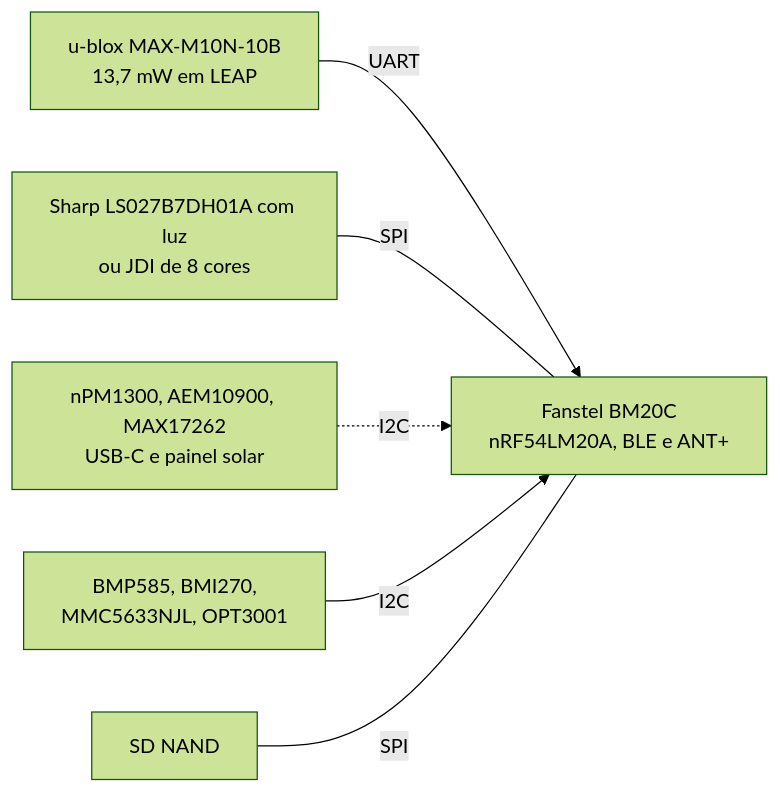
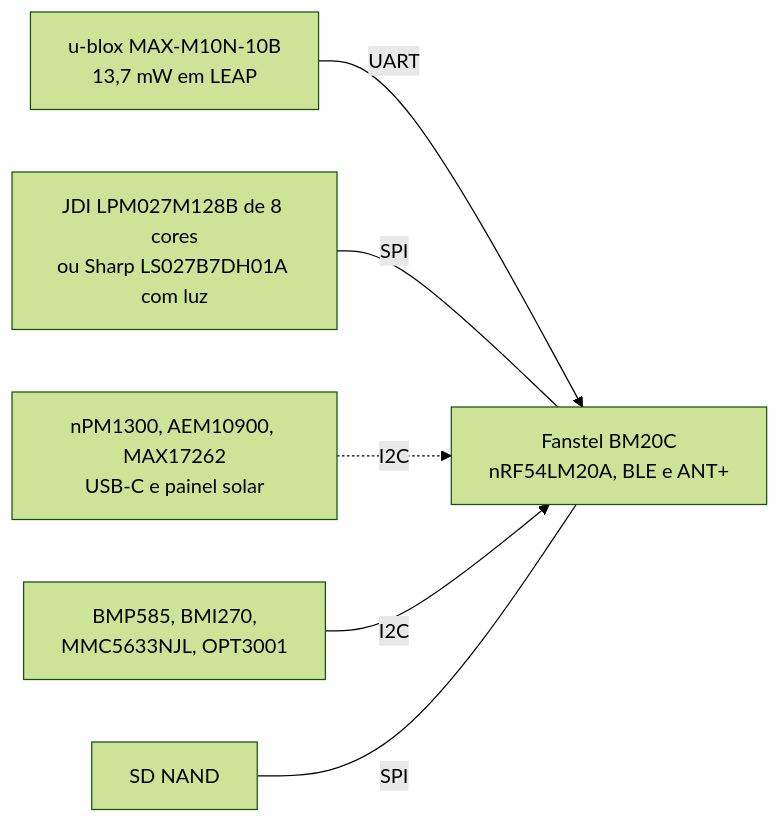
The second of 3 diagrams in README.md (Guiimartinho/gnss-bike-computer), drawn with Mermaid (forest theme) before and after one commit. The commit also changed other lines of this file and 47 other files, not shown here.

````diff
--- a/README.md
+++ b/README.md
@@ -59,9 +59,9 @@
 ```mermaid
 flowchart LR
     MCU["Fanstel BM20C<br/>nRF54LM20A, BLE e ANT+"]
     GNSS2["u-blox MAX-M10N-10B<br/>13,7 mW em LEAP"] -->|UART| MCU
-    LCD2["Sharp LS027B7DH01A com luz<br/>ou JDI de 8 cores"] ---|SPI| MCU
+    LCD2["JDI LPM027M128B de 8 cores<br/>ou Sharp LS027B7DH01A com luz"] ---|SPI| MCU
     PWR["nPM1300, AEM10900, MAX17262<br/>USB-C e painel solar"] -.->|I2C| MCU
     SENS2["BMP585, BMI270,<br/>MMC5633NJL, OPT3001"] -->|I2C| MCU
     MEM["SD NAND"] ---|SPI| MCU
 ```
````
